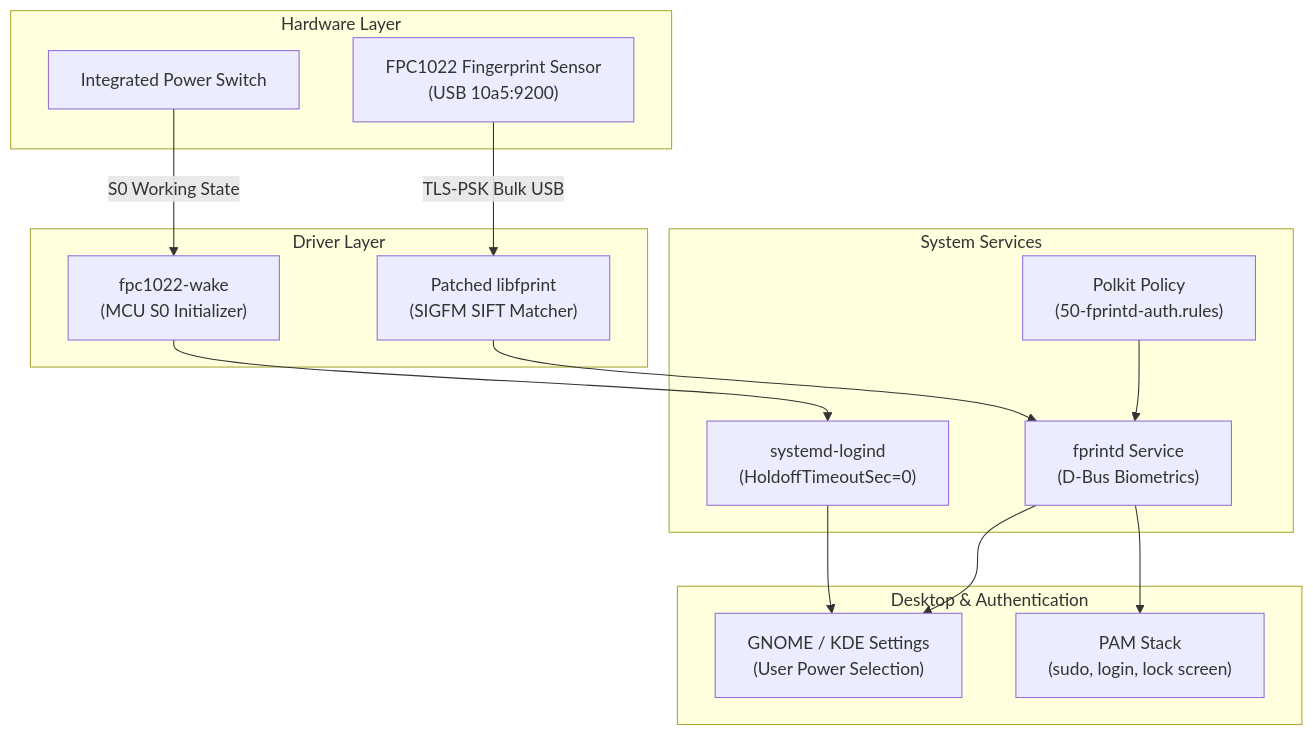
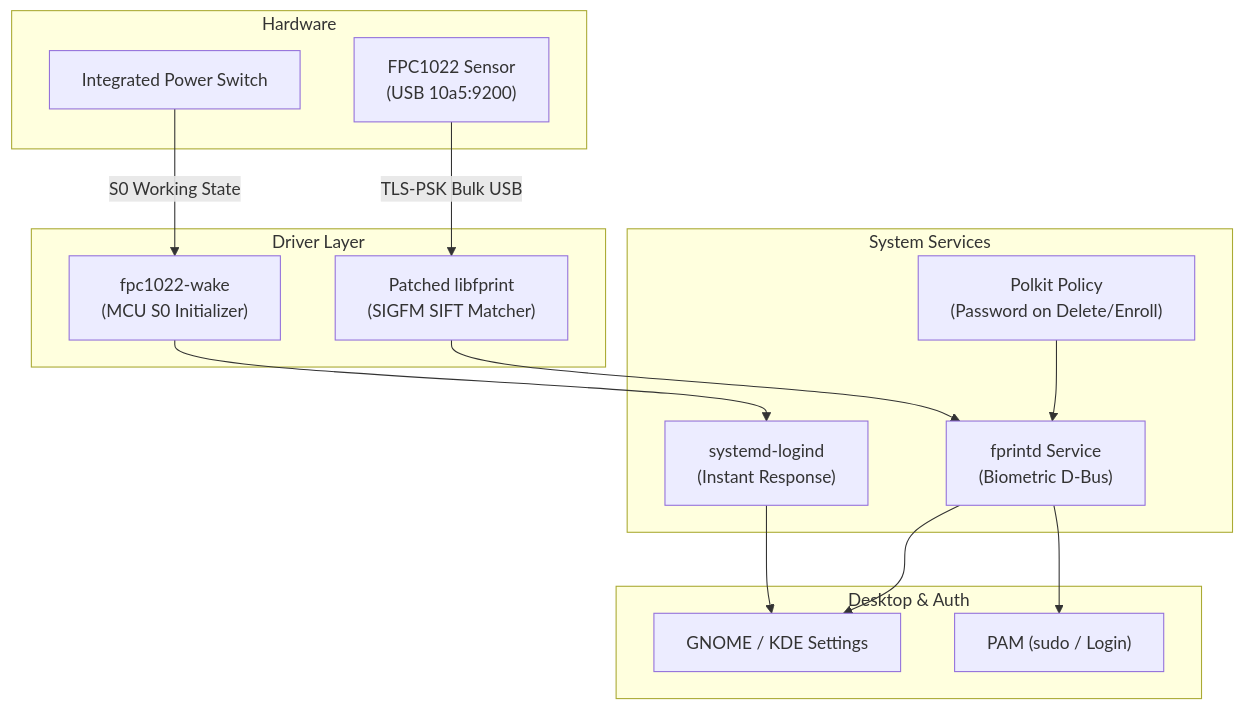
Before and after one commit to sahid-code404/Xiaomi-Mi-NoteBook-Ultra-Pro-Max-series-Fingerprint-For-LInux: the diagram in README.md, drawn with Mermaid. The commit also changed other lines of this file and 1 other file, not shown here.

Commit message:
docs: streamline README with installation first and compact architecture

````diff
--- a/README.md
+++ b/README.md
@@ -16,32 +84,32 @@
 ```mermaid
 flowchart TD
-    subgraph HW["Hardware Layer"]
-        S["FPC1022 Fingerprint Sensor\n(USB 10a5:9200)"]
+    subgraph HW["Hardware"]
+        S["FPC1022 Sensor\n(USB 10a5:9200)"]
         PB["Integrated Power Switch"]
     end
 
     subgraph DRV["Driver Layer"]
         W["fpc1022-wake\n(MCU S0 Initializer)"]
         L["Patched libfprint\n(SIGFM SIFT Matcher)"]
     end
 
     subgraph SYS["System Services"]
-        LOG["systemd-logind\n(HoldoffTimeoutSec=0)"]
-        FPD["fprintd Service\n(D-Bus Biometrics)"]
-        POL["Polkit Policy\n(50-fprintd-auth.rules)"]
+        LOG["systemd-logind\n(Instant Response)"]
+        FPD["fprintd Service\n(Biometric D-Bus)"]
+        POL["Polkit Policy\n(Password on Delete/Enroll)"]
     end
 
-    subgraph UI["Desktop & Authentication"]
-        DESK["GNOME / KDE Settings\n(User Power Selection)"]
-        PAM["PAM Stack\n(sudo, login, lock screen)"]
+    subgraph UI["Desktop & Auth"]
+        DESK["GNOME / KDE Settings"]
+        PAM["PAM (sudo / Login)"]
     end
 
     S -->|TLS-PSK Bulk USB| L
     PB -->|S0 Working State| W
     W --> LOG
     LOG --> DESK
     L --> FPD
     POL --> FPD
     FPD --> DESK
     FPD --> PAM
 ```
````
